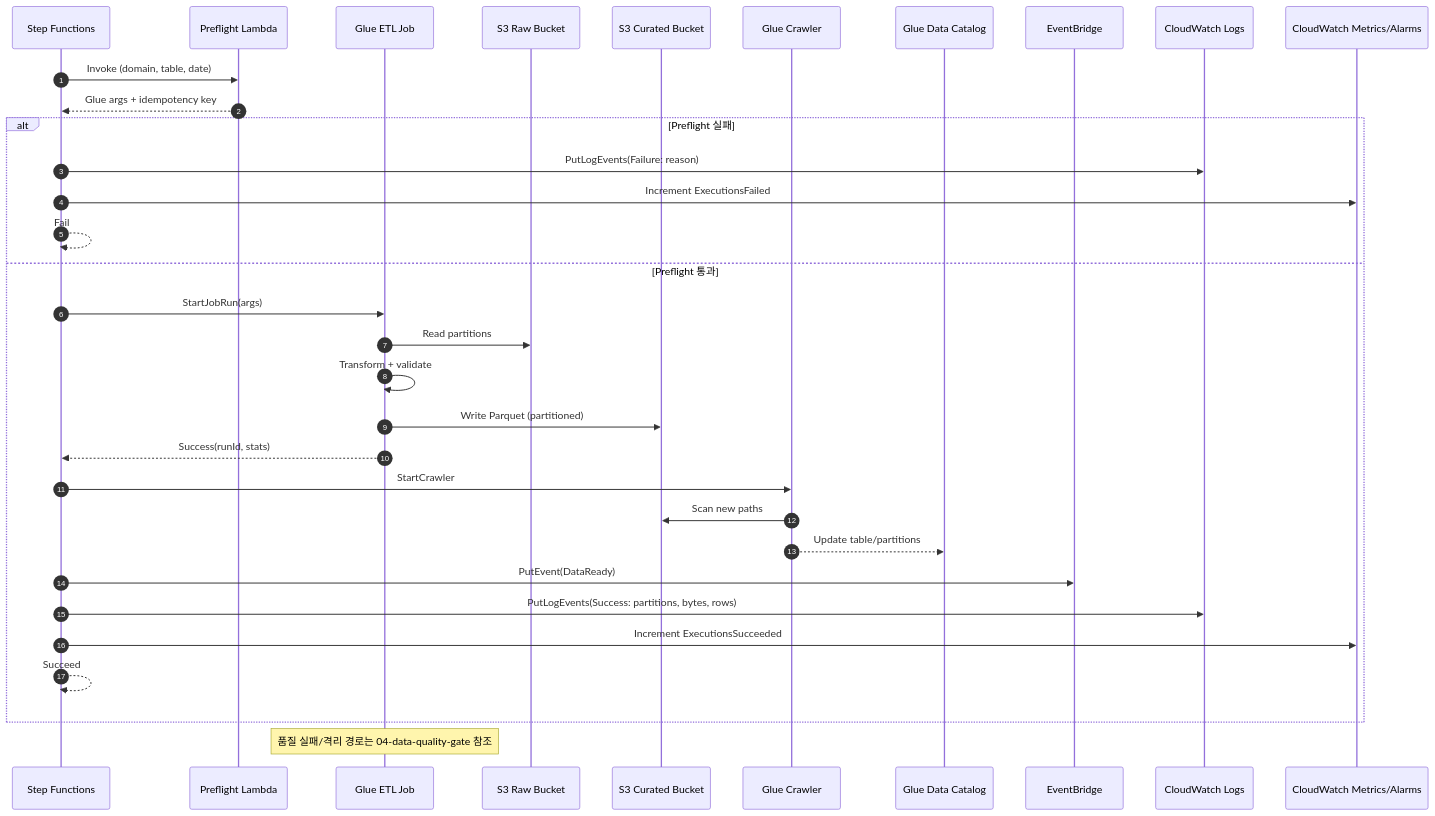
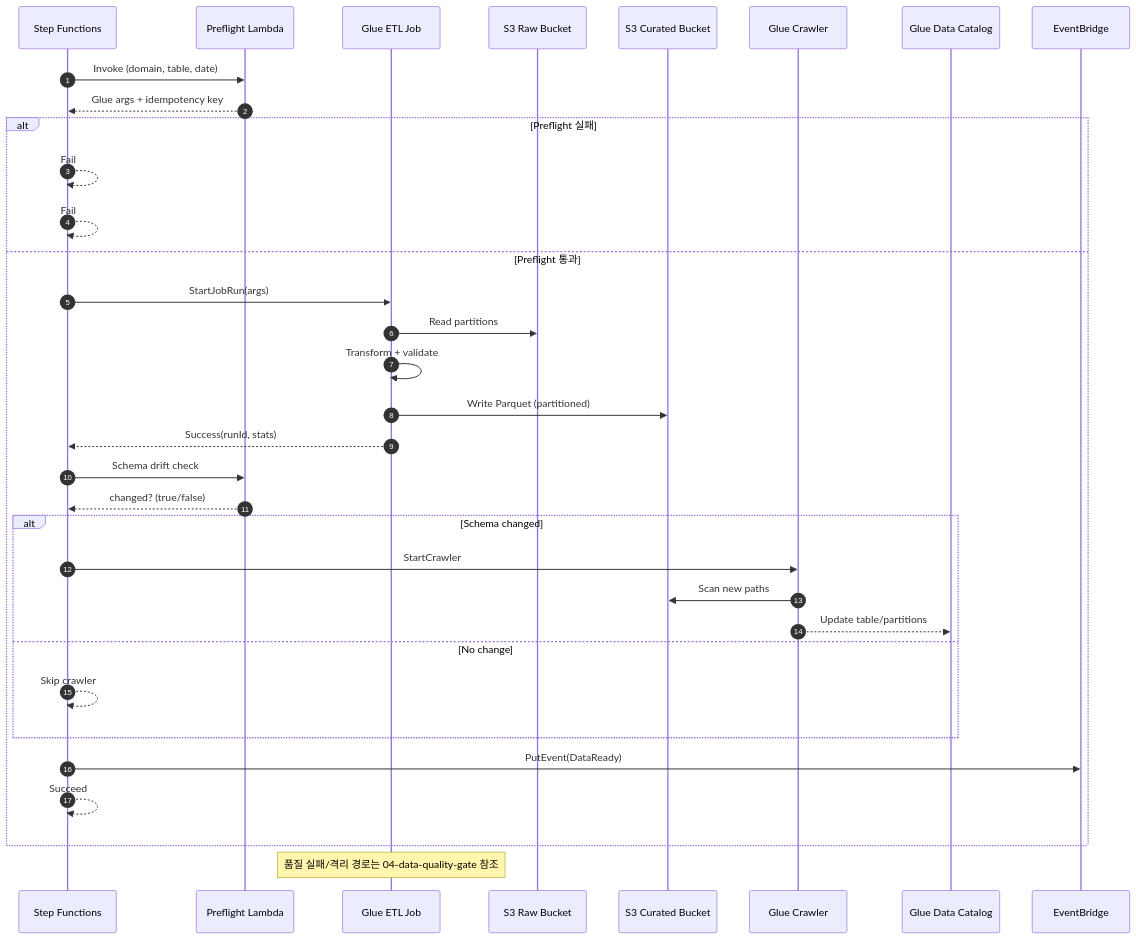
Before and after one commit to keemgdeok/fin-forge-pipeline: the diagram in docs/diagrams/transform/03-sequence.md, drawn with Mermaid. The commit also changed 20 other files, not shown here.

Commit message:
docs(specs/state-machine): catalog_update 입력 추가, SCHEMA_CHECK_FAILED 정의, 재시도 정책 갱신, 관측성 축약

````diff
--- a/docs/diagrams/transform/03-sequence.md
+++ b/docs/diagrams/transform/03-sequence.md
@@ -1,37 +1,38 @@
 ```mermaid
 sequenceDiagram
   autonumber
   participant SF as Step Functions
   participant PRE as Preflight Lambda
   participant GLUE as Glue ETL Job
   participant RAW as S3 Raw Bucket
   participant CUR as S3 Curated Bucket
   participant CR as Glue Crawler
   participant CAT as Glue Data Catalog
   participant EV as EventBridge
-  participant CWL as CloudWatch Logs
-  participant CWM as CloudWatch Metrics/Alarms
 
   SF->>PRE: Invoke (domain, table, date)
   PRE-->>SF: Glue args + idempotency key
   alt Preflight 실패
-    SF->>CWL: PutLogEvents(Failure: reason)
-    SF->>CWM: Increment ExecutionsFailed
+    SF-->>SF: Fail
     SF-->>SF: Fail
   else Preflight 통과
     SF->>GLUE: StartJobRun(args)
     GLUE->>RAW: Read partitions
     GLUE->>GLUE: Transform + validate
     GLUE->>CUR: Write Parquet (partitioned)
     GLUE-->>SF: Success(runId, stats)
-    SF->>CR: StartCrawler
-    CR->>CUR: Scan new paths
-    CR-->>CAT: Update table/partitions
+    SF->>PRE: Schema drift check
+    PRE-->>SF: changed? (true/false)
+    alt Schema changed
+      SF->>CR: StartCrawler
+      CR->>CUR: Scan new paths
+      CR-->>CAT: Update table/partitions
+    else No change
+      SF-->>SF: Skip crawler
+    end
     SF->>EV: PutEvent(DataReady)
-    SF->>CWL: PutLogEvents(Success: partitions, bytes, rows)
-    SF->>CWM: Increment ExecutionsSucceeded
     SF-->>SF: Succeed
   end
 
   Note over GLUE: 품질 실패/격리 경로는 04-data-quality-gate 참조
 ```
````
